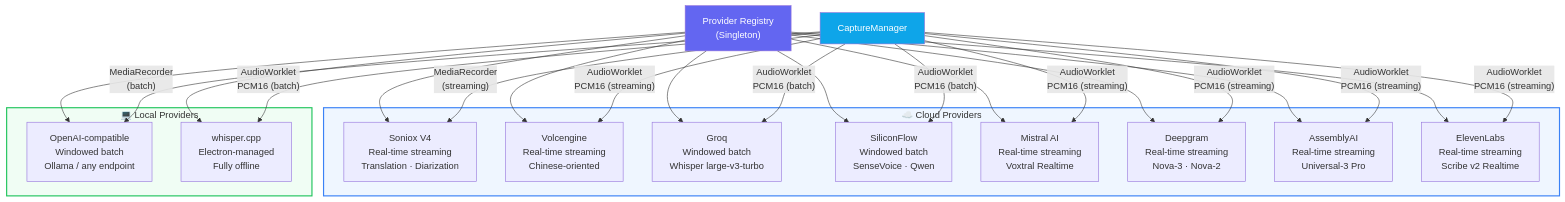
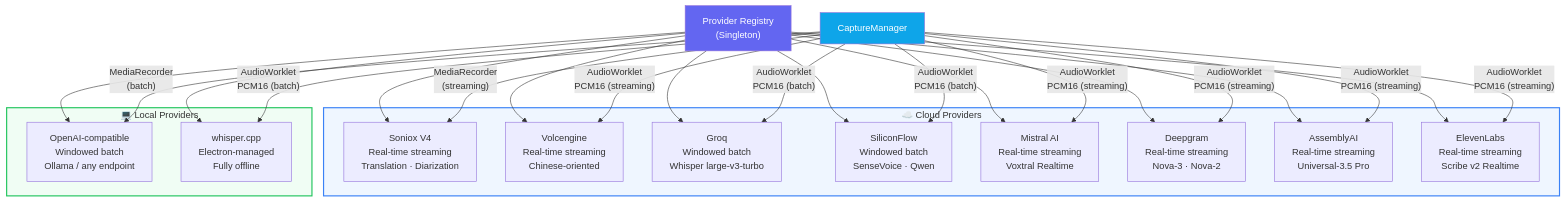
The fourth of 4 diagrams in docs/architecture/overview.md (XimilalaXiang/DeLive), drawn with Mermaid before and after one commit. The commit also changed 27 other files, not shown here.

````diff
--- a/docs/architecture/overview.md
+++ b/docs/architecture/overview.md
@@ -104,32 +104,32 @@
 ```mermaid
 flowchart TB
   subgraph cloud["☁️ Cloud Providers"]
     soniox["Soniox V4\nReal-time streaming\nTranslation · Diarization"]
     volc["Volcengine\nReal-time streaming\nChinese-oriented"]
     groq["Groq\nWindowed batch\nWhisper large-v3-turbo"]
     silicon["SiliconFlow\nWindowed batch\nSenseVoice · Qwen"]
     mistral["Mistral AI\nReal-time streaming\nVoxtral Realtime"]
     deepgram["Deepgram\nReal-time streaming\nNova-3 · Nova-2"]
-    assemblyai["AssemblyAI\nReal-time streaming\nUniversal-3 Pro"]
+    assemblyai["AssemblyAI\nReal-time streaming\nUniversal-3.5 Pro"]
     elevenlabs["ElevenLabs\nReal-time streaming\nScribe v2 Realtime"]
   end
 
   subgraph local["💻 Local Providers"]
     openai["OpenAI-compatible\nWindowed batch\nOllama / any endpoint"]
     whisper["whisper.cpp\nElectron-managed\nFully offline"]
   end
 
   registry["Provider Registry\n(Singleton)"]
   capture["CaptureManager"]
 
   registry --> soniox & volc & groq & silicon & mistral & deepgram & assemblyai & elevenlabs & openai & whisper
   capture -->|"MediaRecorder\n(streaming)"| soniox
   capture -->|"AudioWorklet\nPCM16 (streaming)"| volc & mistral & deepgram & assemblyai & elevenlabs
   capture -->|"AudioWorklet\nPCM16 (batch)"| groq & silicon & whisper
   capture -->|"MediaRecorder\n(batch)"| openai
 
   style registry fill:#6366f1,color:#fff
   style capture fill:#0ea5e9,color:#fff
   style cloud fill:#eff6ff,stroke:#3b82f6,stroke-width:2px
   style local fill:#f0fdf4,stroke:#22c55e,stroke-width:2px
 ```
````
